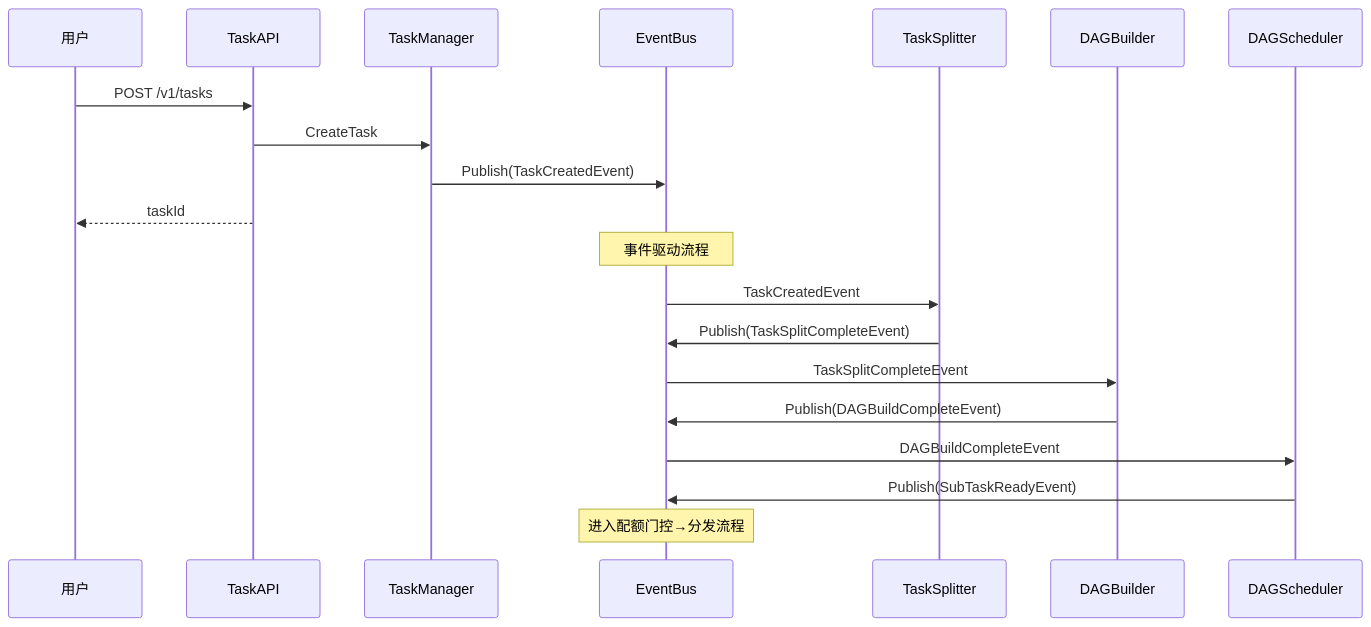
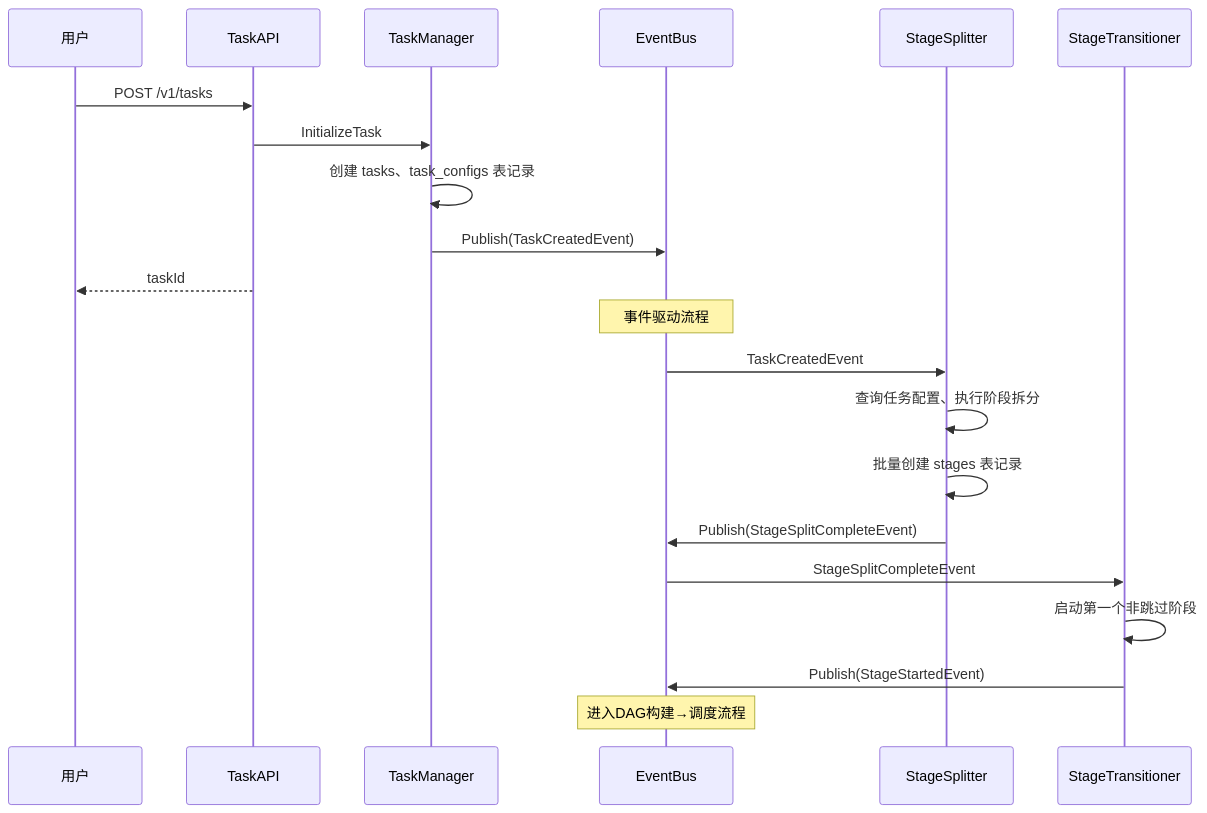
One commit to njuxumq/agent-eval-server changed the fourth of 8 diagrams in docs/designs/模块设计文档.md. Above: the diagram before and after it, drawn with Mermaid. The commit also changed other lines of this file and 13 other files, not shown here.

````diff
--- a/docs/designs/模块设计文档.md
+++ b/docs/designs/模块设计文档.md
@@ -355,28 +405,28 @@
 ```mermaid
 sequenceDiagram
     participant User as 用户
     participant API as TaskAPI
     participant TM as TaskManager
     participant EB as EventBus
-    participant Splitter as TaskSplitter
-    participant Builder as DAGBuilder
-    participant Scheduler as DAGScheduler
+    participant SS as StageSplitter
+    participant ST as StageTransitioner
 
     User->>API: POST /v1/tasks
-    API->>TM: CreateTask
+    API->>TM: InitializeTask
+    TM->>TM: 创建 tasks、task_configs 表记录
     TM->>EB: Publish(TaskCreatedEvent)
     API-->>User: taskId
 
     Note over EB: 事件驱动流程
 
-    EB->>Splitter: TaskCreatedEvent
-    Splitter->>EB: Publish(TaskSplitCompleteEvent)
+    EB->>SS: TaskCreatedEvent
+    SS->>SS: 查询任务配置、执行阶段拆分
+    SS->>SS: 批量创建 stages 表记录
+    SS->>EB: Publish(StageSplitCompleteEvent)
 
-    EB->>Builder: TaskSplitCompleteEvent
-    Builder->>EB: Publish(DAGBuildCompleteEvent)
+    EB->>ST: StageSplitCompleteEvent
+    ST->>ST: 启动第一个非跳过阶段
+    ST->>EB: Publish(StageStartedEvent)
 
-    EB->>Scheduler: DAGBuildCompleteEvent
-    Scheduler->>EB: Publish(SubTaskReadyEvent)
-
-    Note over EB: 进入配额门控→分发流程
+    Note over EB: 进入DAG构建→调度流程
 ```
````
